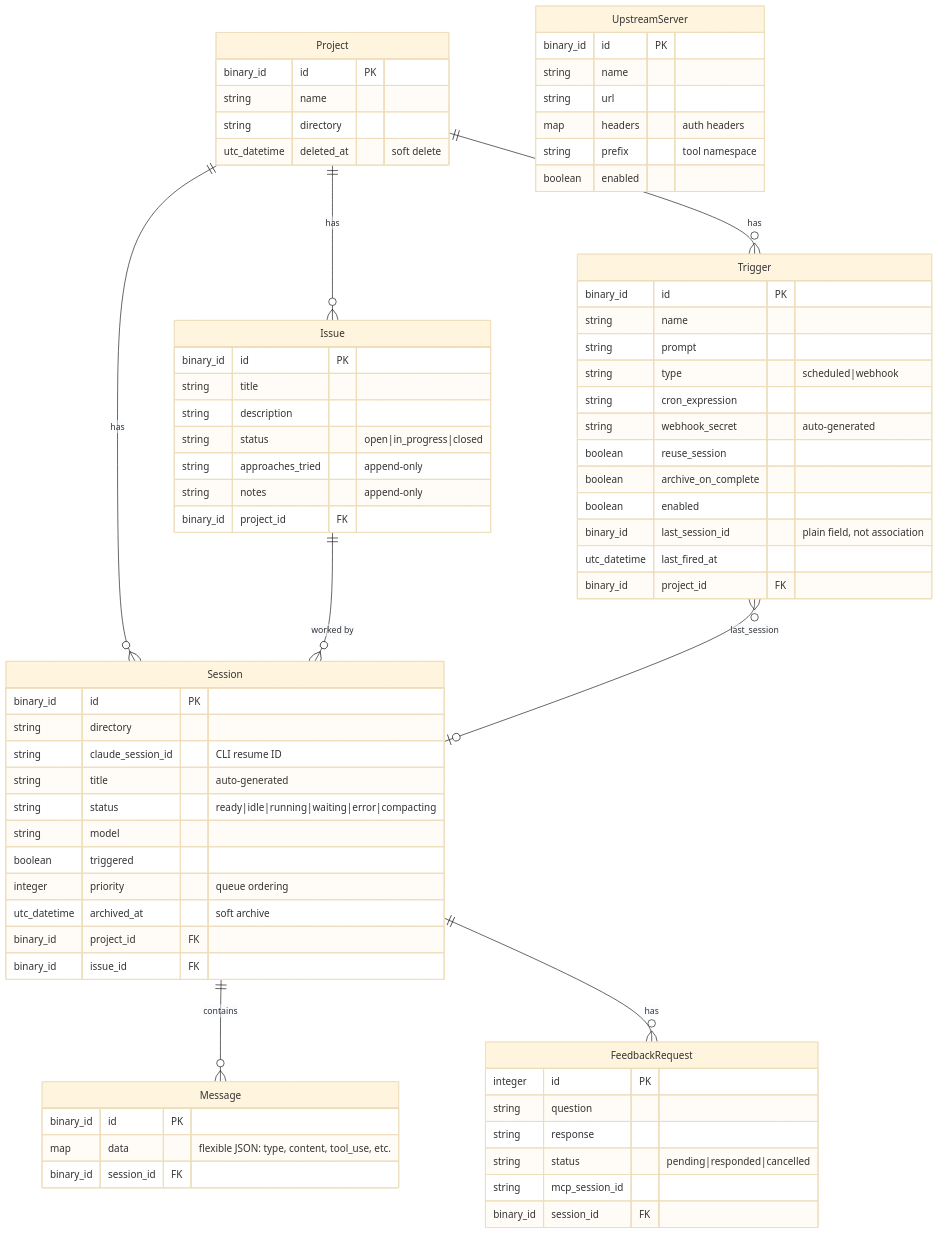
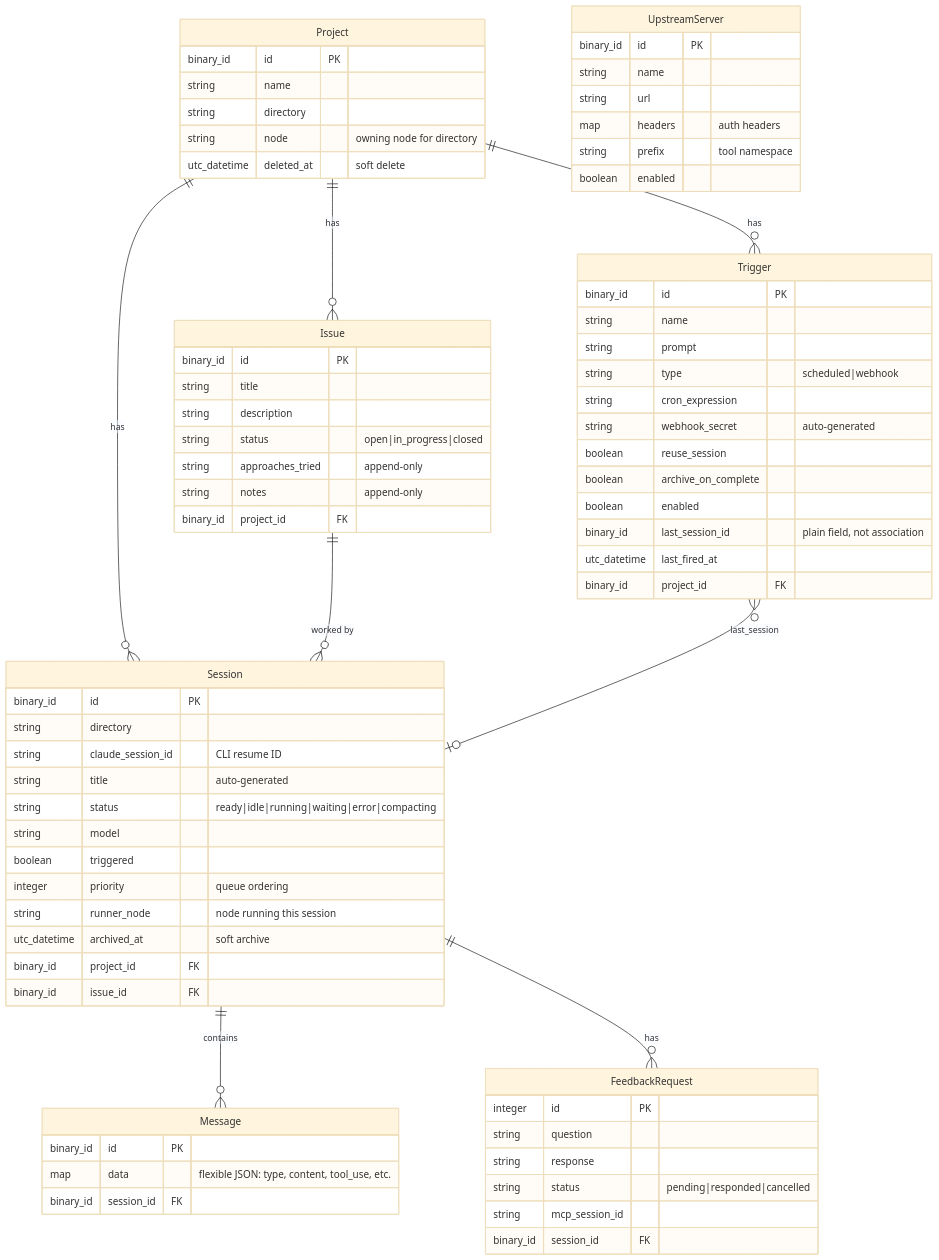
The diagram in .context/data-model.md (zingbretsen/orca_hub), drawn with Mermaid (base theme) before and after one commit. The commit also changed 26 other files, not shown here.

````diff
--- a/.context/data-model.md
+++ b/.context/data-model.md
@@ -3,80 +3,82 @@
 ```mermaid
 erDiagram
     Project ||--o{ Session : has
     Project ||--o{ Issue : has
     Project ||--o{ Trigger : has
     Issue ||--o{ Session : "worked by"
     Session ||--o{ Message : contains
     Session ||--o{ FeedbackRequest : has
     Trigger }o--o| Session : "last_session"
 
     Project {
         binary_id id PK
         string name
         string directory
+        string node "owning node for directory"
         utc_datetime deleted_at "soft delete"
     }
 
     Session {
         binary_id id PK
         string directory
         string claude_session_id "CLI resume ID"
         string title "auto-generated"
         string status "ready|idle|running|waiting|error|compacting"
         string model
         boolean triggered
         integer priority "queue ordering"
+        string runner_node "node running this session"
         utc_datetime archived_at "soft archive"
         binary_id project_id FK
         binary_id issue_id FK
     }
 
     Message {
         binary_id id PK
         map data "flexible JSON: type, content, tool_use, etc."
         binary_id session_id FK
     }
 
     Issue {
         binary_id id PK
         string title
         string description
         string status "open|in_progress|closed"
         string approaches_tried "append-only"
         string notes "append-only"
         binary_id project_id FK
     }
 
     FeedbackRequest {
         integer id PK
         string question
         string response
         string status "pending|responded|cancelled"
         string mcp_session_id
         binary_id session_id FK
     }
 
     Trigger {
         binary_id id PK
         string name
         string prompt
         string type "scheduled|webhook"
         string cron_expression
         string webhook_secret "auto-generated"
         boolean reuse_session
         boolean archive_on_complete
         boolean enabled
         binary_id last_session_id "plain field, not association"
         utc_datetime last_fired_at
         binary_id project_id FK
     }
 
     UpstreamServer {
         binary_id id PK
         string name
         string url
         map headers "auth headers"
         string prefix "tool namespace"
         boolean enabled
     }
 ```
````
